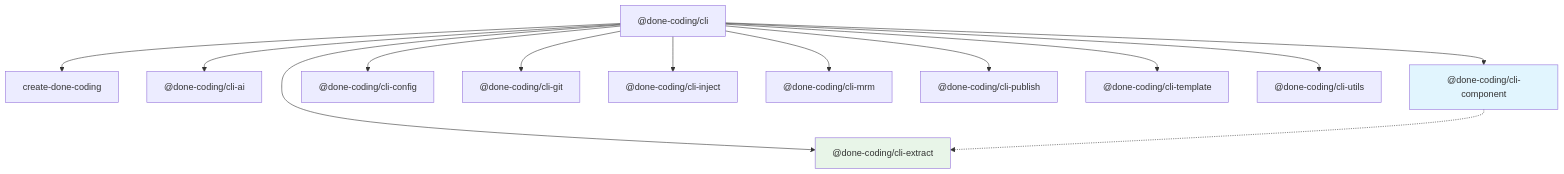
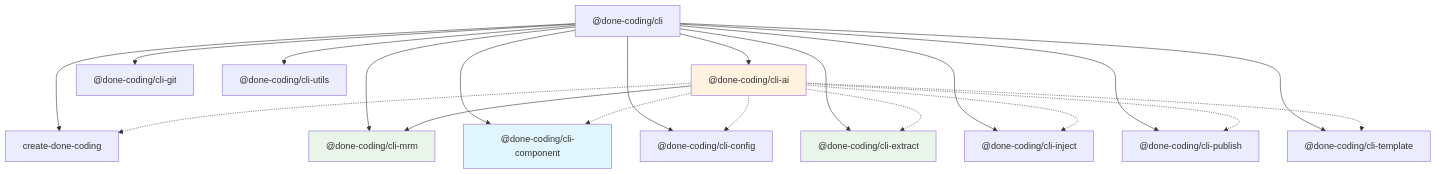
One commit to done-coding/done-coding-cli changed the diagram in packages/cli/README.md. Above: the diagram before and after it, drawn with Mermaid. The commit also changed other lines of this file and 23 other files, not shown here.

````diff
--- a/packages/cli/README.md
+++ b/packages/cli/README.md
@@ -295,19 +295,28 @@
 ```mermaid
 graph TD
     A["@done-coding/cli"] --> B["create-done-coding"]
     A --> C["@done-coding/cli-ai"]
     A --> D["@done-coding/cli-component"]
     A --> E["@done-coding/cli-config"]
     A --> F["@done-coding/cli-extract"]
     A --> G["@done-coding/cli-git"]
     A --> H["@done-coding/cli-inject"]
     A --> I["@done-coding/cli-mrm"]
     A --> J["@done-coding/cli-publish"]
     A --> K["@done-coding/cli-template"]
     A --> L["@done-coding/cli-utils"]
 
-    D -.-> F
+    C --> I
+    C -.-> B
+    C -.-> D
+    C -.-> E
+    C -.-> F
+    C -.-> H
+    C -.-> J
+    C -.-> K
 
+    style C fill:#fff3e0
+    style I fill:#e8f5e8
     style D fill:#e1f5fe
     style F fill:#e8f5e8
 ```
````
